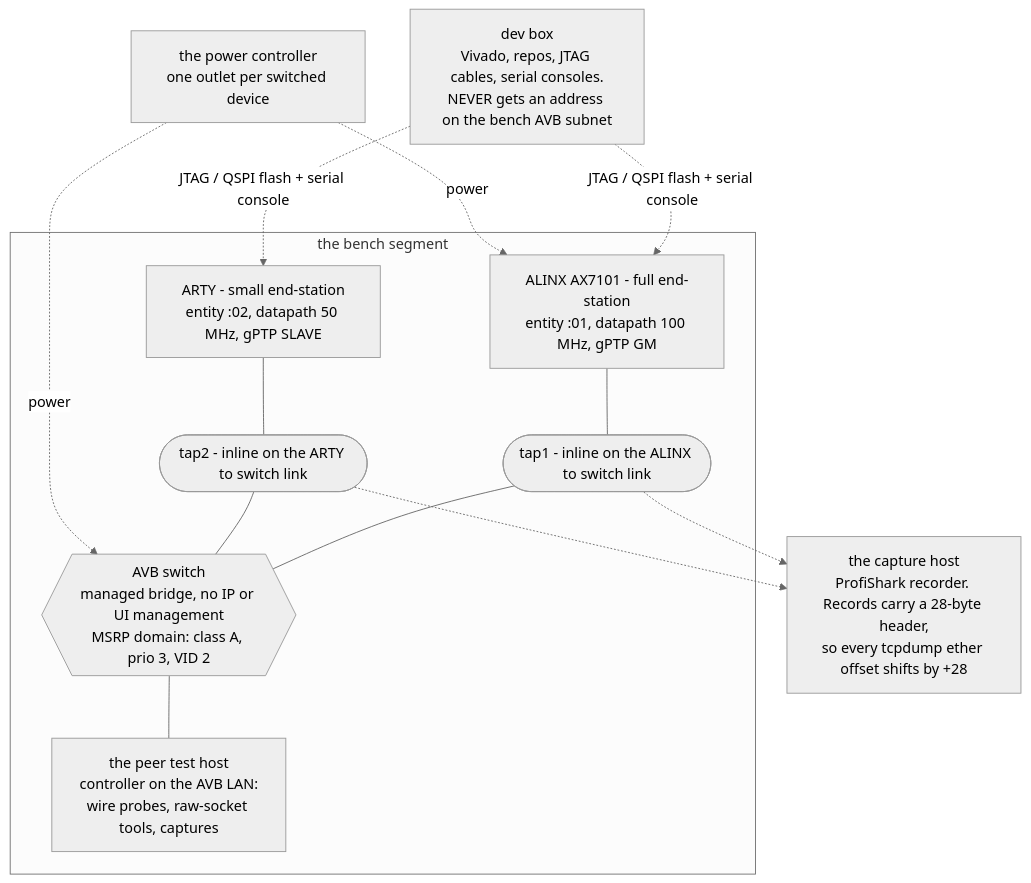
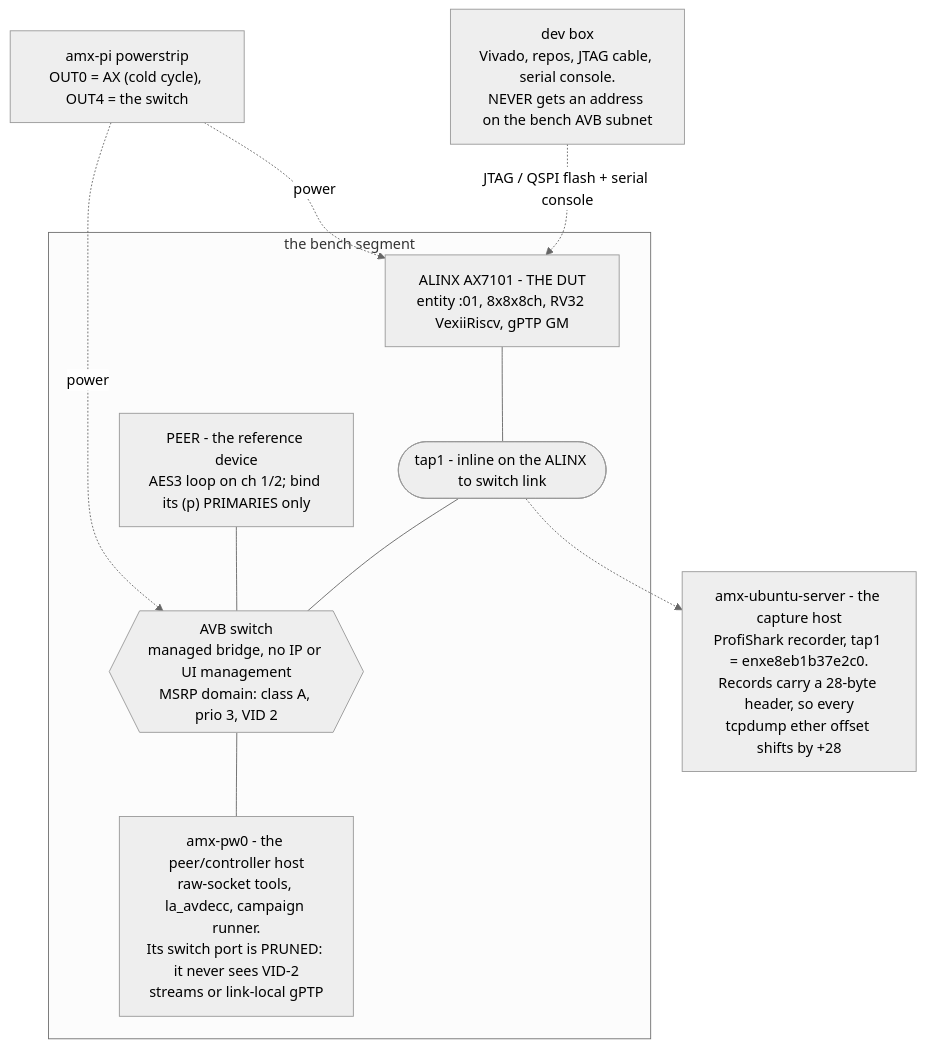
The first of 3 diagrams in docs/findings/BENCH_TOPOLOGY.md (kebag-logic/milan-fpga), drawn with Mermaid (neutral theme) before and after one commit. The commit also changed other lines of this file, not shown here.

Commit message:
bench topology: single-DUT era refresh

````diff
--- a/docs/findings/BENCH_TOPOLOGY.md
+++ b/docs/findings/BENCH_TOPOLOGY.md
@@ -32,23 +37,20 @@
 ```mermaid
 flowchart TB
     subgraph LAB["the bench segment"]
         SW{{"AVB switch<br/>managed bridge, no IP or UI management<br/>MSRP domain: class A, prio 3, VID 2"}}
-        ARTY["ARTY - small end-station<br/>entity :02, datapath 50 MHz, gPTP SLAVE"]
-        AX["ALINX AX7101 - full end-station<br/>entity :01, datapath 100 MHz, gPTP GM"]
-        PEER["the peer test host<br/>controller on the AVB LAN:<br/>wire probes, raw-socket tools, captures"]
+        AX["ALINX AX7101 - THE DUT<br/>entity :01, 8x8x8ch, RV32 VexiiRiscv, gPTP GM"]
+        DS["PEER - the reference device<br/>AES3 loop on ch 1/2; bind its (p) PRIMARIES only"]
+        PEER["amx-pw0 - the peer/controller host<br/>raw-socket tools, la_avdecc, campaign runner.<br/>Its switch port is PRUNED: it never sees VID-2<br/>streams or link-local gPTP"]
         T1(["tap1 - inline on the ALINX to switch link"])
-        T2(["tap2 - inline on the ARTY to switch link"])
         AX --- T1 --- SW
-        ARTY --- T2 --- SW
+        DS --- SW
         SW --- PEER
     end
-    CAP["the capture host<br/>ProfiShark recorder. Records carry a 28-byte header,<br/>so every tcpdump ether offset shifts by +28"]
+    CAP["amx-ubuntu-server - the capture host<br/>ProfiShark recorder, tap1 = enxe8eb1b37e2c0.<br/>Records carry a 28-byte header, so every<br/>tcpdump ether offset shifts by +28"]
     T1 -.-> CAP
-    T2 -.-> CAP
-    DEV["dev box<br/>Vivado, repos, JTAG cables, serial consoles.<br/>NEVER gets an address on the bench AVB subnet"]
-    DEV -.->|"JTAG / QSPI flash + serial console"| ARTY
+    DEV["dev box<br/>Vivado, repos, JTAG cable, serial console.<br/>NEVER gets an address on the bench AVB subnet"]
     DEV -.->|"JTAG / QSPI flash + serial console"| AX
-    PWR["the power controller<br/>one outlet per switched device"]
+    PWR["amx-pi powerstrip<br/>OUT0 = AX (cold cycle), OUT4 = the switch"]
     PWR -.->|"power"| SW
     PWR -.->|"power"| AX
 ```
````
